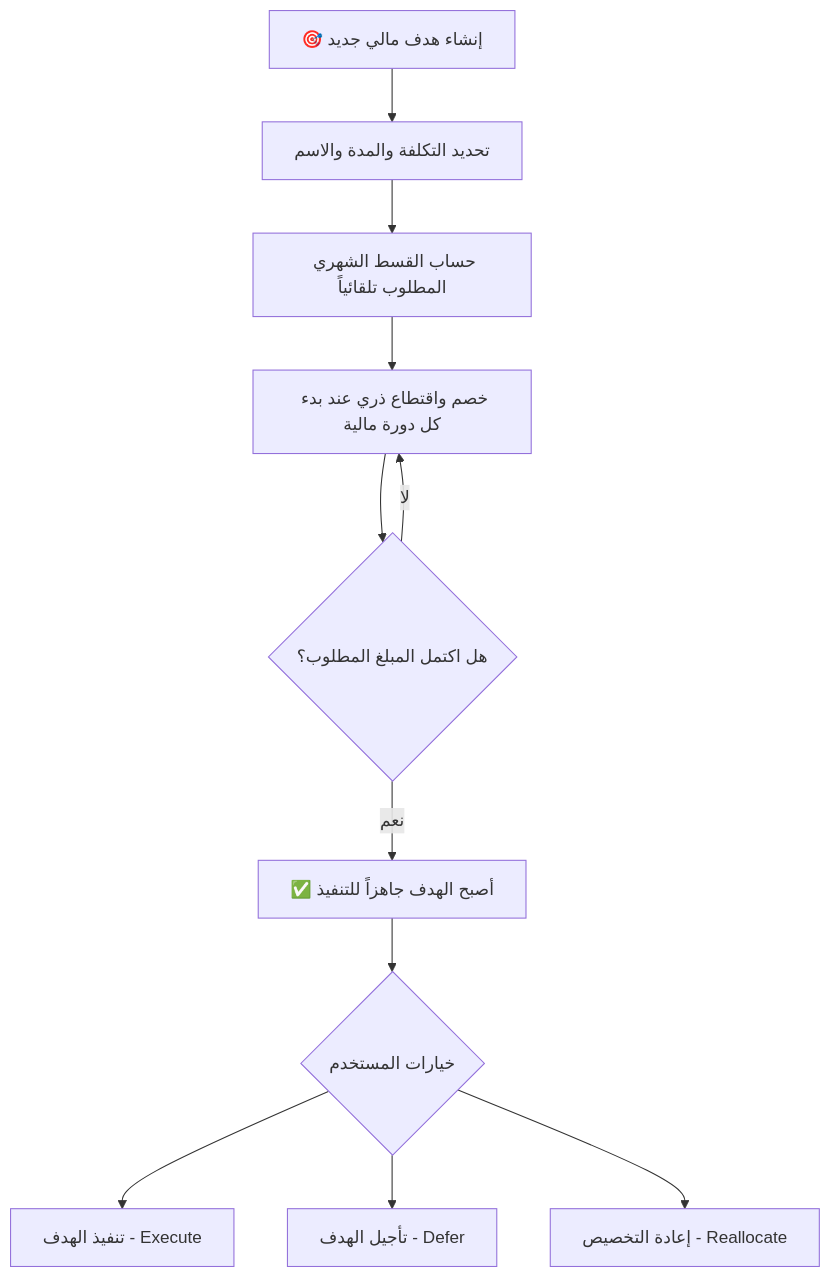
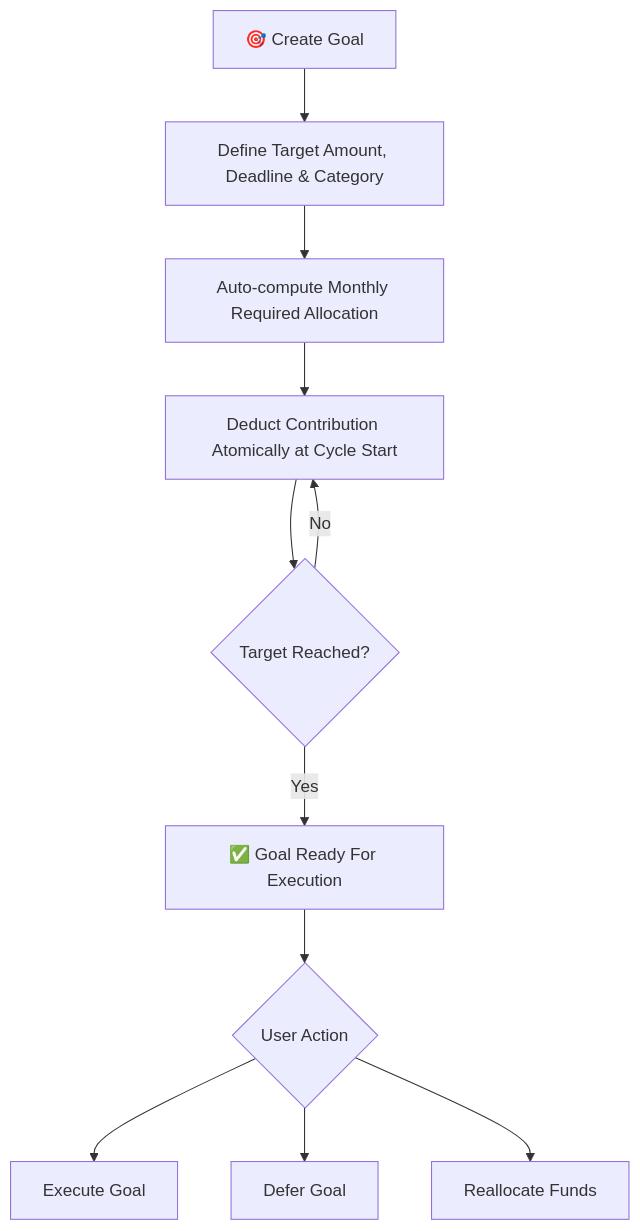
Before and after one commit to mohammadbzoor/AlphaAPP: the fifth of 8 diagrams in README.md, drawn with Mermaid. The commit also changed other lines of this file, not shown here.

````diff
--- a/README.md
+++ b/README.md
@@ -177,13 +188,13 @@
 ```mermaid
 flowchart TD
-    A[🎯 إنشاء هدف مالي جديد] --> B[تحديد التكلفة والمدة والاسم]
-    B --> C[حساب القسط الشهري المطلوب تلقائياً]
-    C --> D[خصم واقتطاع ذري عند بدء كل دورة مالية]
-    D --> E{هل اكتمل المبلغ المطلوب؟}
-    E -- لا --> D
-    E -- نعم --> F[✅ أصبح الهدف جاهزاً للتنفيذ]
-    F --> G{خيارات المستخدم}
-    G --> H[تنفيذ الهدف - Execute]
-    G --> I[تأجيل الهدف - Defer]
-    G --> J[إعادة التخصيص - Reallocate]
+    A[🎯 Create Goal] --> B[Define Target Amount, Deadline & Category]
+    B --> C[Auto-compute Monthly Required Allocation]
+    C --> D[Deduct Contribution Atomically at Cycle Start]
+    D --> E{Target Reached?}
+    E -- No --> D
+    E -- Yes --> F[✅ Goal Ready For Execution]
+    F --> G{User Action}
+    G --> H[Execute Goal]
+    G --> I[Defer Goal]
+    G --> J[Reallocate Funds]
 ```
````
